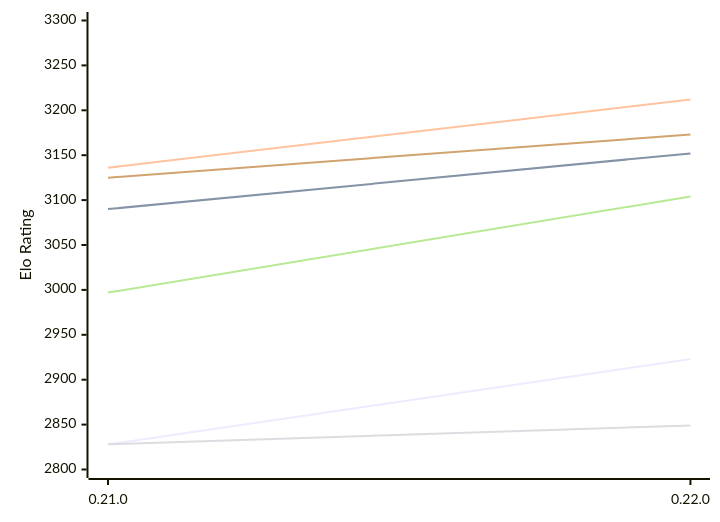
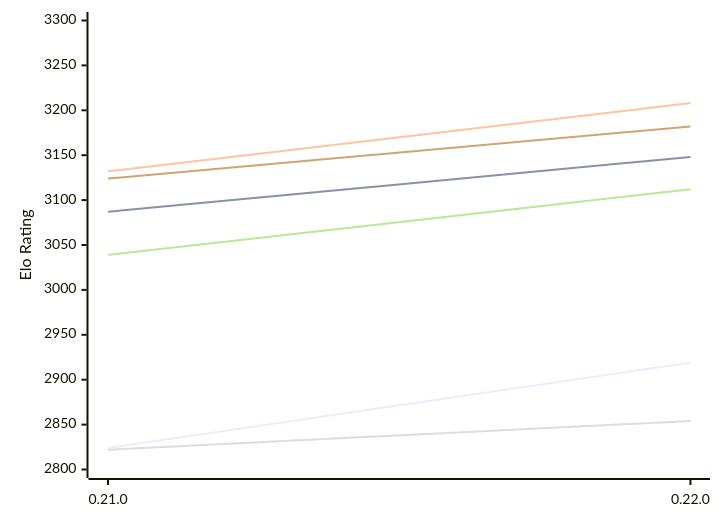
Before and after one commit to computer-chess-index/cci: the first of 2 diagrams in engines/Princhess.md, drawn with Mermaid. The commit also changed other lines of this file, not shown here.

Commit message:
Update CCI Ratings (ELO VLTC) - 2026-11-21

````diff
--- a/engines/Princhess.md
+++ b/engines/Princhess.md
@@ -50,12 +50,12 @@
 ```mermaid
 %%{init: {"theme":"base","themeVariables":{"seriesColors:['#a3a3a3','#222221','#faa371']}}}%%
 xychart-beta
   x-axis ["0.21.0", "0.22.0"]
   y-axis "Elo Rating" 2800 --> 3300
-  line "E1: STC (8.0+0.08s)" [2828, 2923]
-  line "E1: LTC (60.0+0.60s)" [3090, 3152]
-  line "E1: VLTC (2m24s+1.12s)" [3136, 3212]
-  line "P1: STC (8.0+0.08s)" [2828, 2849]
-  line "P1: LTC (60.0+0.60s)" [2997, 3104]
-  line "P1: VLTC (2m24s+1.12s)" [3125, 3173]
+  line "E1: STC (8.0+0.08s)" [2824, 2919]
+  line "E1: LTC (60.0+0.60s)" [3087, 3148]
+  line "E1: VLTC (2m24s+1.12s)" [3132, 3208]
+  line "P1: STC (8.0+0.08s)" [2822, 2854]
+  line "P1: LTC (60.0+0.60s)" [3039, 3112]
+  line "P1: VLTC (2m24s+1.12s)" [3124, 3182]
 ```
````
